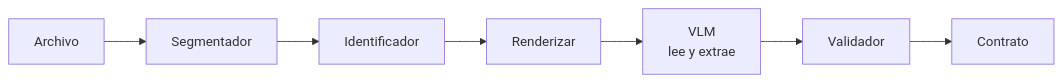
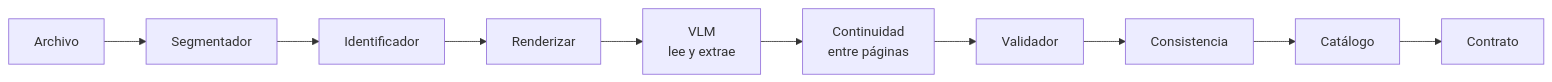
One commit to mariogarcia-ar/docflow changed diagram 13 of 15 in readme-min.md. Above: the diagram before and after it, drawn with Mermaid. The commit also changed other lines of this file, not shown here.

Commit message:
Refactor README.md to enhance clarity and detail in document extraction components, including flow adjustments and expanded descriptions for Segmentador, Identificador, Diagnóstico, Reconstructor, Validador, Consistencia, Catálogo, Contrato, and Revisor.

````diff
--- a/readme-min.md
+++ b/readme-min.md
@@ -217,5 +333,6 @@
 ```mermaid
 graph LR
     A["Archivo"] --> B["Segmentador"] --> C["Identificador"] --> D["Renderizar"]
-    D --> E["VLM<br/>lee y extrae"] --> F["Validador"] --> G["Contrato"]
+    D --> E["VLM<br/>lee y extrae"] --> F["Continuidad<br/>entre páginas"]
+    F --> G["Validador"] --> H["Consistencia"] --> I["Catálogo"] --> J["Contrato"]
 ```
````
